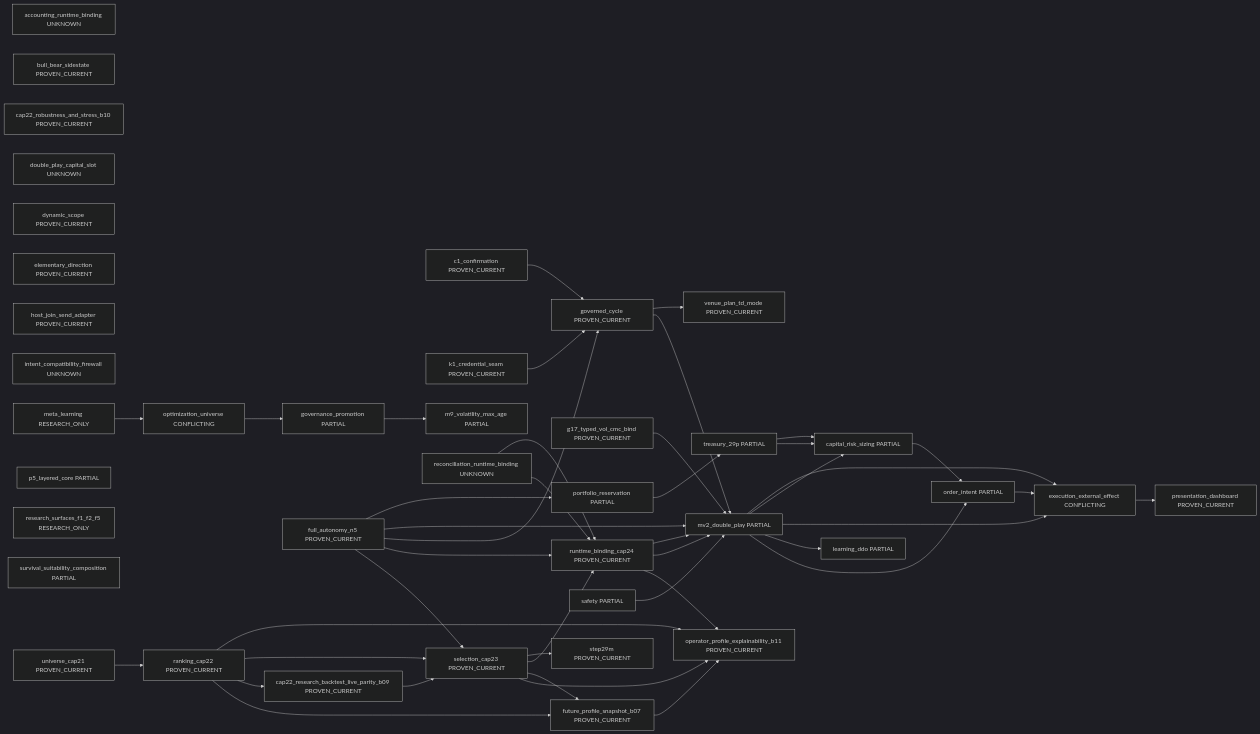
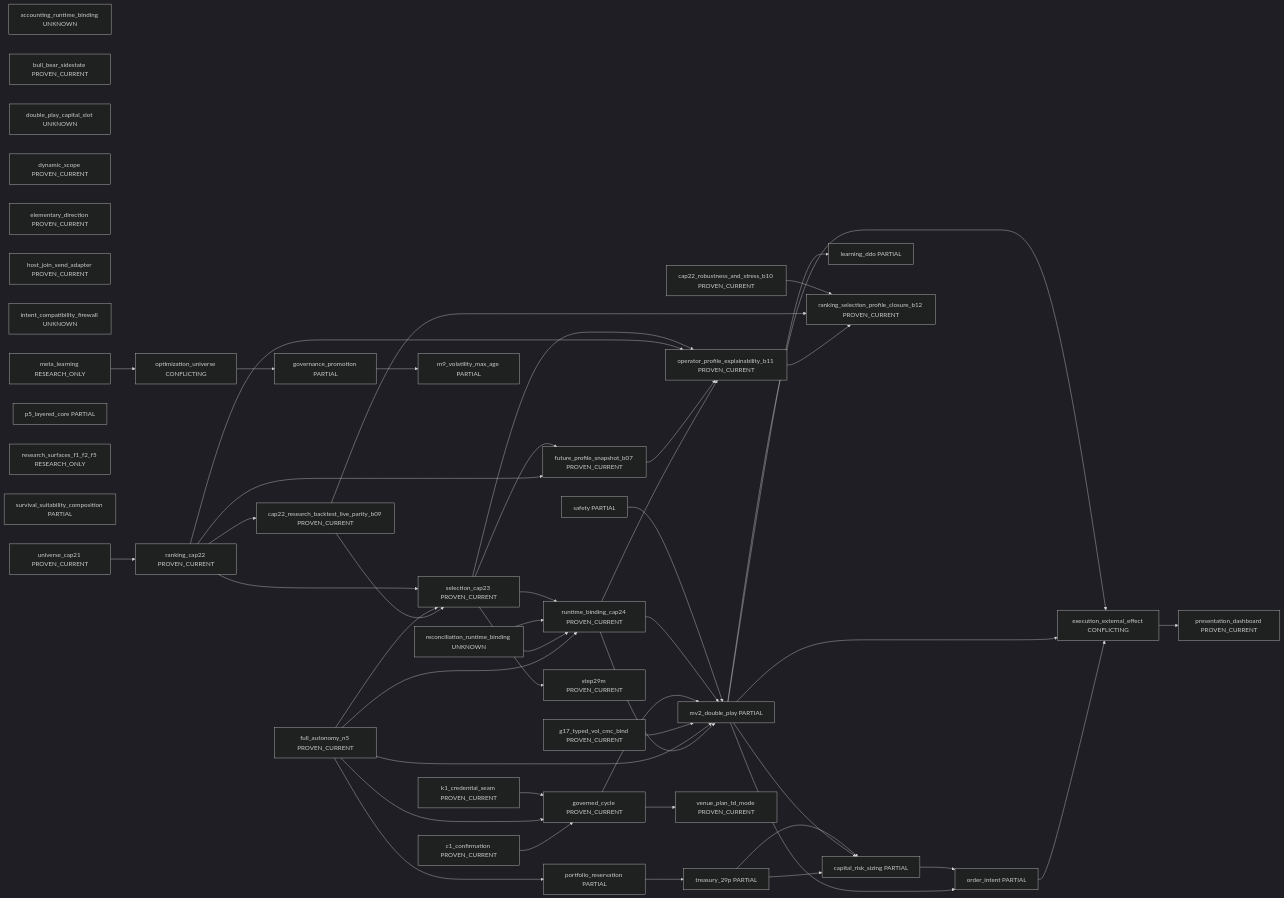
One commit to rauterfrank-ui/Peak_Trade changed the diagram in docs/governance/current_system_interaction_authority_map_v1/generated/system_landscape_v1.md. Above: the diagram before and after it, drawn with Mermaid (dark theme). The commit also changed other lines of this file and 16 other files, not shown here.

```diff
--- a/docs/governance/current_system_interaction_authority_map_v1/generated/system_landscape_v1.md
+++ b/docs/governance/current_system_interaction_authority_map_v1/generated/system_landscape_v1.md
@@ -35,6 +35,7 @@
   portfolio_reservation["portfolio_reservation PARTIAL"]
   presentation_dashboard["presentation_dashboard PROVEN_CURRENT"]
   ranking_cap22["ranking_cap22 PROVEN_CURRENT"]
+  ranking_selection_profile_closure_b12["ranking_selection_profile_closure_b12 PROVEN_CURRENT"]
   reconciliation_runtime_binding["reconciliation_runtime_binding UNKNOWN"]
   research_surfaces_f1_f2_f5["research_surfaces_f1_f2_f5 RESEARCH_ONLY"]
   runtime_binding_cap24["runtime_binding_cap24 PROVEN_CURRENT"]
@@ -69,7 +70,9 @@
   mv2_double_play --> execution_external_effect
   mv2_double_play --> capital_risk_sizing
   mv2_double_play --> execution_external_effect
+  operator_profile_explainability_b11 --> ranking_selection_profile_closure_b12
   optimization_universe --> governance_promotion
+  cap22_research_backtest_live_parity_b09 --> ranking_selection_profile_closure_b12
   portfolio_reservation --> treasury_29p
   ranking_cap22 --> future_profile_snapshot_b07
   ranking_cap22 --> cap22_research_backtest_live_parity_b09
@@ -78,6 +81,7 @@
   reconciliation_runtime_binding --> runtime_binding_cap24
   reconciliation_runtime_binding --> runtime_binding_cap24
   runtime_binding_cap24 --> mv2_double_play
+  cap22_robustness_and_stress_b10 --> ranking_selection_profile_closure_b12
   safety --> mv2_double_play
   selection_cap23 --> operator_profile_explainability_b11
   selection_cap23 --> future_profile_snapshot_b07
```
